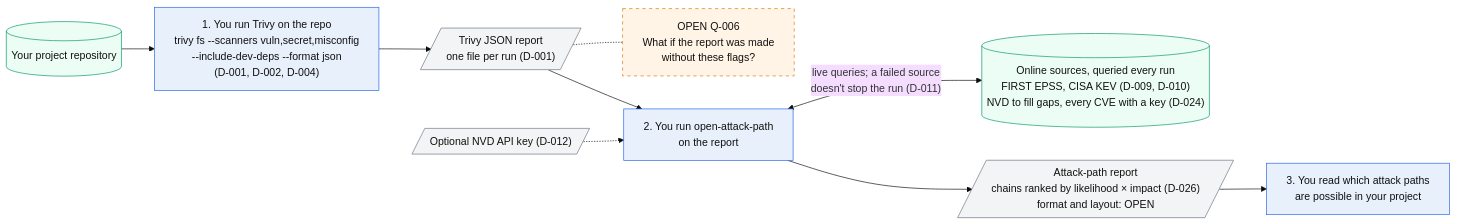
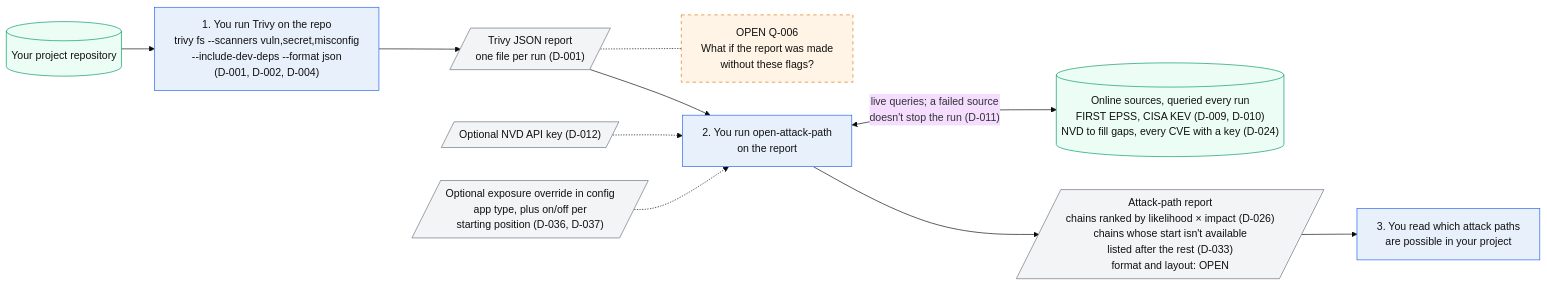
One commit to jackbowden-ai/open-attack-path changed the diagram in docs/planning/diagrams/01-end-to-end.md. Above: the diagram before and after it, drawn with Mermaid (base theme). The commit also changed other lines of this file and 10 other files, not shown here.

First line of the commit message:
Attacker model interview: decisions D-030 to D-045, diagrams updated

````diff
--- a/docs/planning/diagrams/01-end-to-end.md
+++ b/docs/planning/diagrams/01-end-to-end.md
@@ -5,32 +5,34 @@
 ```mermaid
 ---
 config:
   flowchart:
     wrappingWidth: 600
 ---
 flowchart LR
     repo[("Your project repository")]
     trivy["1. You run Trivy on the repo<br/>trivy fs --scanners vuln,secret,misconfig<br/>--include-dev-deps --format json<br/>(D-001, D-002, D-004)"]
     report[/"Trivy JSON report<br/>one file per run (D-001)"/]
     q6["OPEN Q-006<br/>What if the report was made<br/>without these flags?"]
     key[/"Optional NVD API key (D-012)"/]
+    ovr[/"Optional exposure override in config<br/>app type, plus on/off per<br/>starting position (D-036, D-037)"/]
     tool["2. You run open-attack-path<br/>on the report"]
     sources[("Online sources, queried every run<br/>FIRST EPSS, CISA KEV (D-009, D-010)<br/>NVD to fill gaps, every CVE with a key (D-024)")]
-    out[/"Attack-path report<br/>chains ranked by likelihood × impact (D-026)<br/>format and layout: OPEN"/]
+    out[/"Attack-path report<br/>chains ranked by likelihood × impact (D-026)<br/>chains whose start isn't available<br/>listed after the rest (D-033)<br/>format and layout: OPEN"/]
     act["3. You read which attack paths<br/>are possible in your project"]
 
     repo --> trivy --> report --> tool
     report -.- q6
     key -.-> tool
+    ovr -.-> tool
     tool <-->|"live queries; a failed source<br/>doesn't stop the run (D-011)"| sources
     tool --> out --> act
 
     classDef decided fill:#e8f1fb,stroke:#2563eb,color:#111
     classDef open fill:#fff4e5,stroke:#d97706,stroke-dasharray:5 5,color:#111
     classDef data fill:#f3f4f6,stroke:#6b7280,color:#111
     classDef external fill:#ecfdf5,stroke:#059669,color:#111
     class trivy,tool,act decided
     class q6 open
-    class report,key,out data
+    class report,key,ovr,out data
     class repo,sources external
 ```
````
